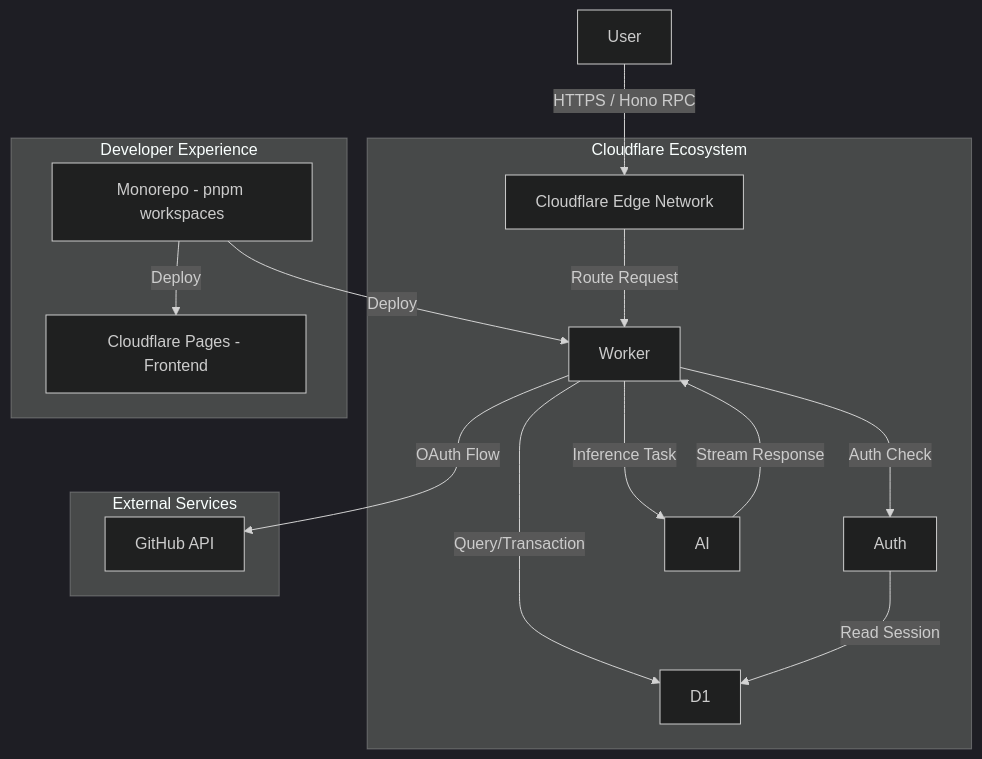
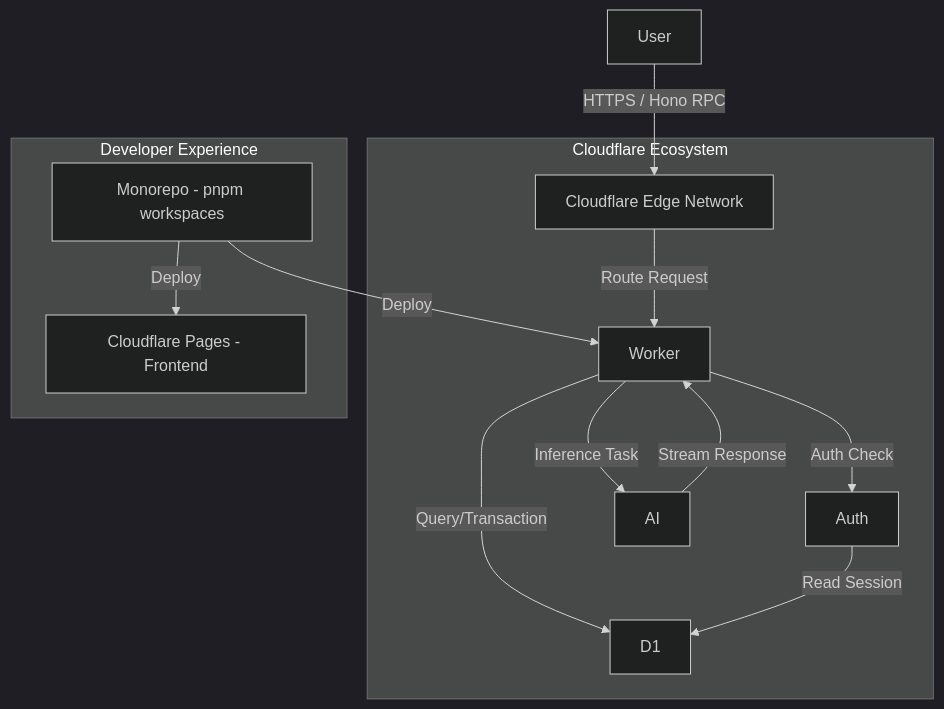
Before and after one commit to nit-zunda-dev/skill-quest-ai: the diagram in docs/architecture/01_アーキテクチャ概要.md, drawn with Mermaid (dark theme). The commit also changed 4 other files, not shown here.

````diff
--- a/docs/architecture/01_アーキテクチャ概要.md
+++ b/docs/architecture/01_アーキテクチャ概要.md
@@ -7,24 +7,20 @@
 ```mermaid
 graph TD
     User -->|HTTPS / Hono RPC| Edge[Cloudflare Edge Network]
     
     subgraph "Cloudflare Ecosystem"
         Edge -->|Route Request| Worker
         
         Worker -->|Auth Check| Auth
         Worker -->|Query/Transaction| D1
         Worker -->|Inference Task| AI
         
         Auth -->|Read Session| D1
         AI -->|Stream Response| Worker
     end
-    
-    subgraph "External Services"
-        Worker -->|OAuth Flow| GitHub[GitHub API]
-    end
 
     subgraph "Developer Experience"
         Repo[Monorepo - pnpm workspaces] -->|Deploy| Pages[Cloudflare Pages - Frontend]
         Repo -->|Deploy| Worker
     end
 ```
````
